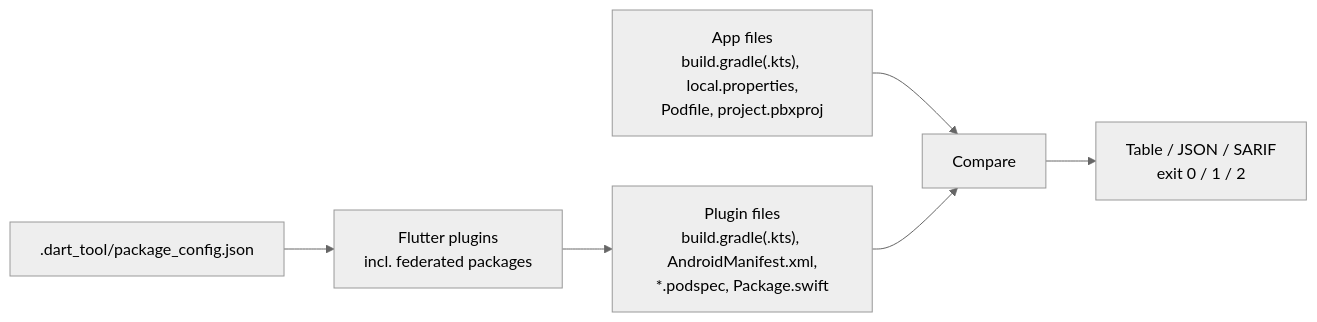
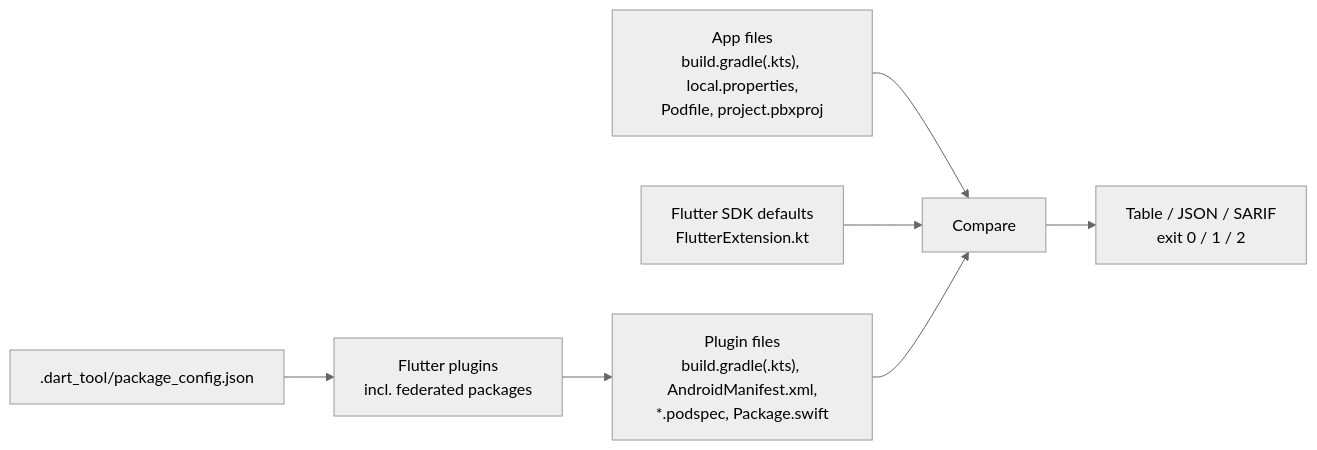
The diagram in README.md (LeeGyeongPil/pluginfloor), drawn with Mermaid (neutral theme) before and after one commit. The commit also changed other lines of this file and 1 other file, not shown here.

Commit message:
docs(readme): describe automatic SDK default reading

````diff
--- a/README.md
+++ b/README.md
@@ -204,8 +202,9 @@
 ```mermaid
 flowchart LR
   A[".dart_tool/package_config.json"] --> B["Flutter plugins<br/>incl. federated packages"]
   B --> C["Plugin files<br/>build.gradle(.kts), AndroidManifest.xml,<br/>*.podspec, Package.swift"]
   D["App files<br/>build.gradle(.kts), local.properties,<br/>Podfile, project.pbxproj"] --> E["Compare"]
+  S["Flutter SDK defaults<br/>FlutterExtension.kt"] --> E
   C --> E
   E --> F["Table / JSON / SARIF<br/>exit 0 / 1 / 2"]
 ```
````
